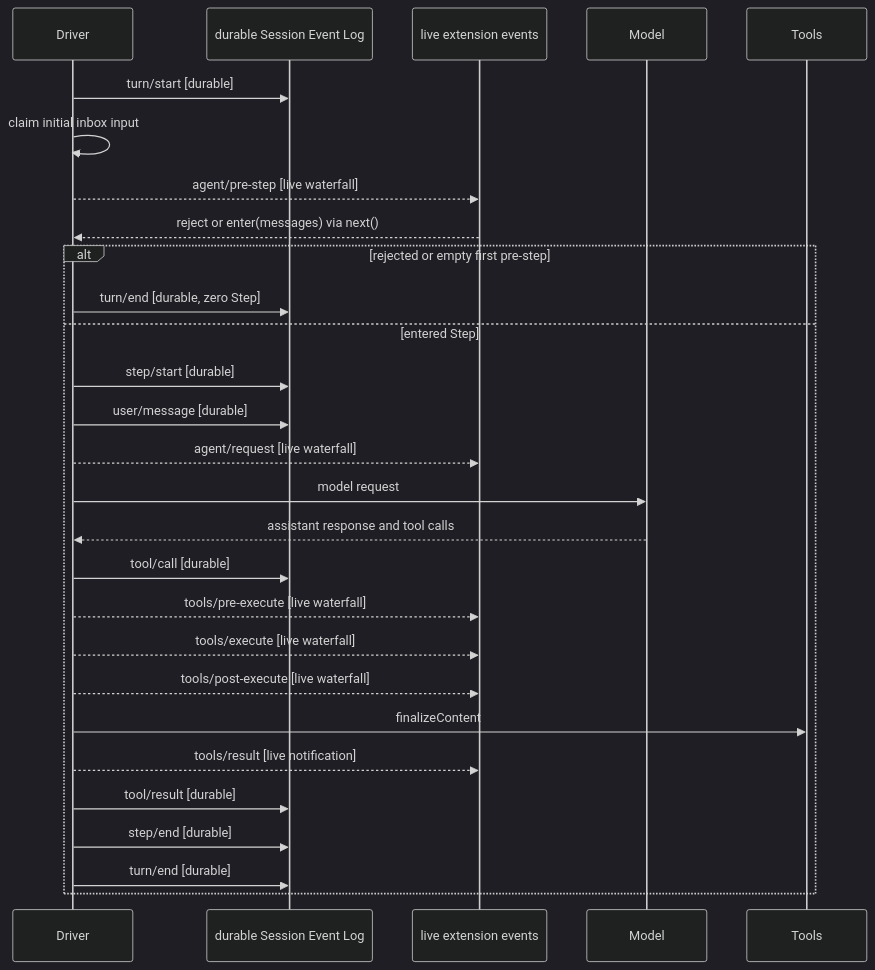
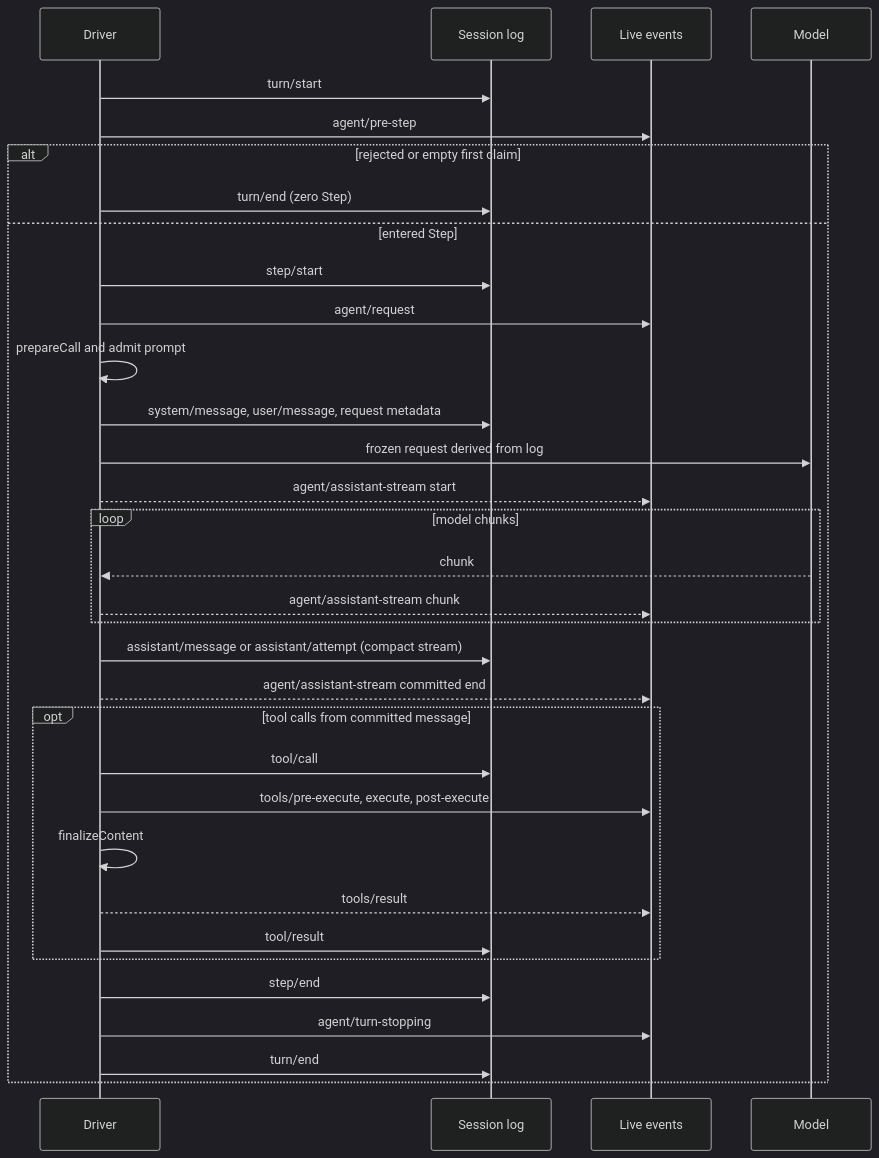
One commit to yang0228/deepseek-harness-analysis changed the second of 2 diagrams in docs/02-architecture.md. Above: the diagram before and after it, drawn with Mermaid (dark theme). The commit also changed other lines of this file and 35 other files, not shown here.

````diff
--- a/docs/02-architecture.md
+++ b/docs/02-architecture.md
@@ -79,30 +76,35 @@
 ```mermaid
 sequenceDiagram
   participant Driver
-  participant Log as durable Session Event Log
-  participant Hooks as live extension events
+  participant Log as Session log
+  participant Hooks as Live events
   participant Model
-  participant Tools
-  Driver->>Log: turn/start [durable]
-  Driver->>Driver: claim initial inbox input
-  Driver-->>Hooks: agent/pre-step [live waterfall]
-  Hooks-->>Driver: reject or enter(messages) via next()
-  alt rejected or empty first pre-step
-    Driver->>Log: turn/end [durable, zero Step]
+  Driver->>Log: turn/start
+  Driver->>Hooks: agent/pre-step
+  alt rejected or empty first claim
+    Driver->>Log: turn/end (zero Step)
   else entered Step
-    Driver->>Log: step/start [durable]
-    Driver->>Log: user/message [durable]
-    Driver-->>Hooks: agent/request [live waterfall]
-    Driver->>Model: model request
-    Model-->>Driver: assistant response and tool calls
-    Driver->>Log: tool/call [durable]
-    Driver-->>Hooks: tools/pre-execute [live waterfall]
-    Driver-->>Hooks: tools/execute [live waterfall]
-    Driver-->>Hooks: tools/post-execute [live waterfall]
-    Driver->>Tools: finalizeContent
-    Driver-->>Hooks: tools/result [live notification]
-    Driver->>Log: tool/result [durable]
-    Driver->>Log: step/end [durable]
-    Driver->>Log: turn/end [durable]
+    Driver->>Log: step/start
+    Driver->>Hooks: agent/request
+    Driver->>Driver: prepareCall and admit prompt
+    Driver->>Log: system/message, user/message, request metadata
+    Driver->>Model: frozen request derived from log
+    Driver-->>Hooks: agent/assistant-stream start
+    loop model chunks
+      Model-->>Driver: chunk
+      Driver-->>Hooks: agent/assistant-stream chunk
+    end
+    Driver->>Log: assistant/message or assistant/attempt (compact stream)
+    Driver-->>Hooks: agent/assistant-stream committed end
+    opt tool calls from committed message
+      Driver->>Log: tool/call
+      Driver->>Hooks: tools/pre-execute, execute, post-execute
+      Driver->>Driver: finalizeContent
+      Driver-->>Hooks: tools/result
+      Driver->>Log: tool/result
+    end
+    Driver->>Log: step/end
+    Driver->>Hooks: agent/turn-stopping
+    Driver->>Log: turn/end
   end
 ```
````
